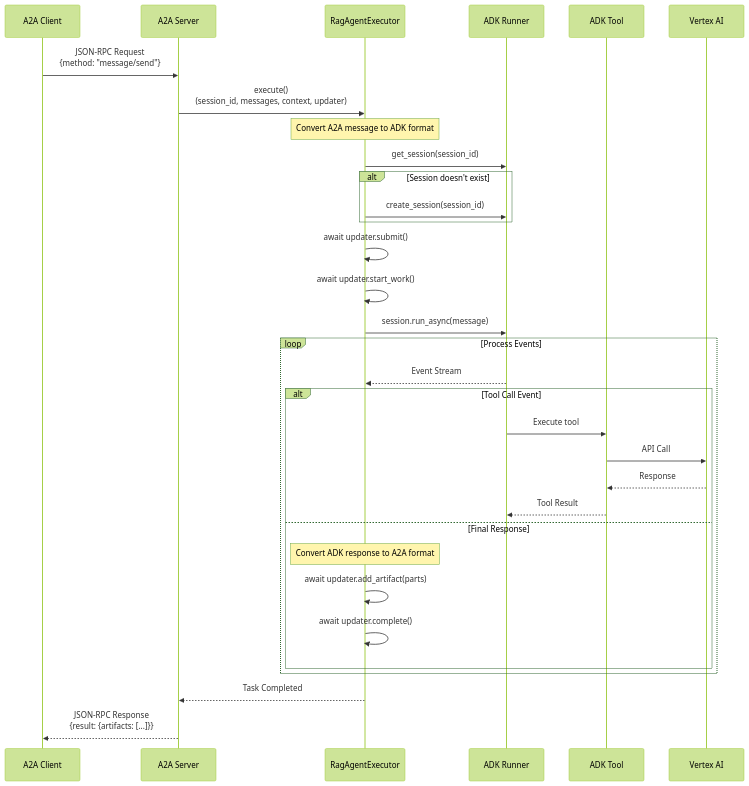
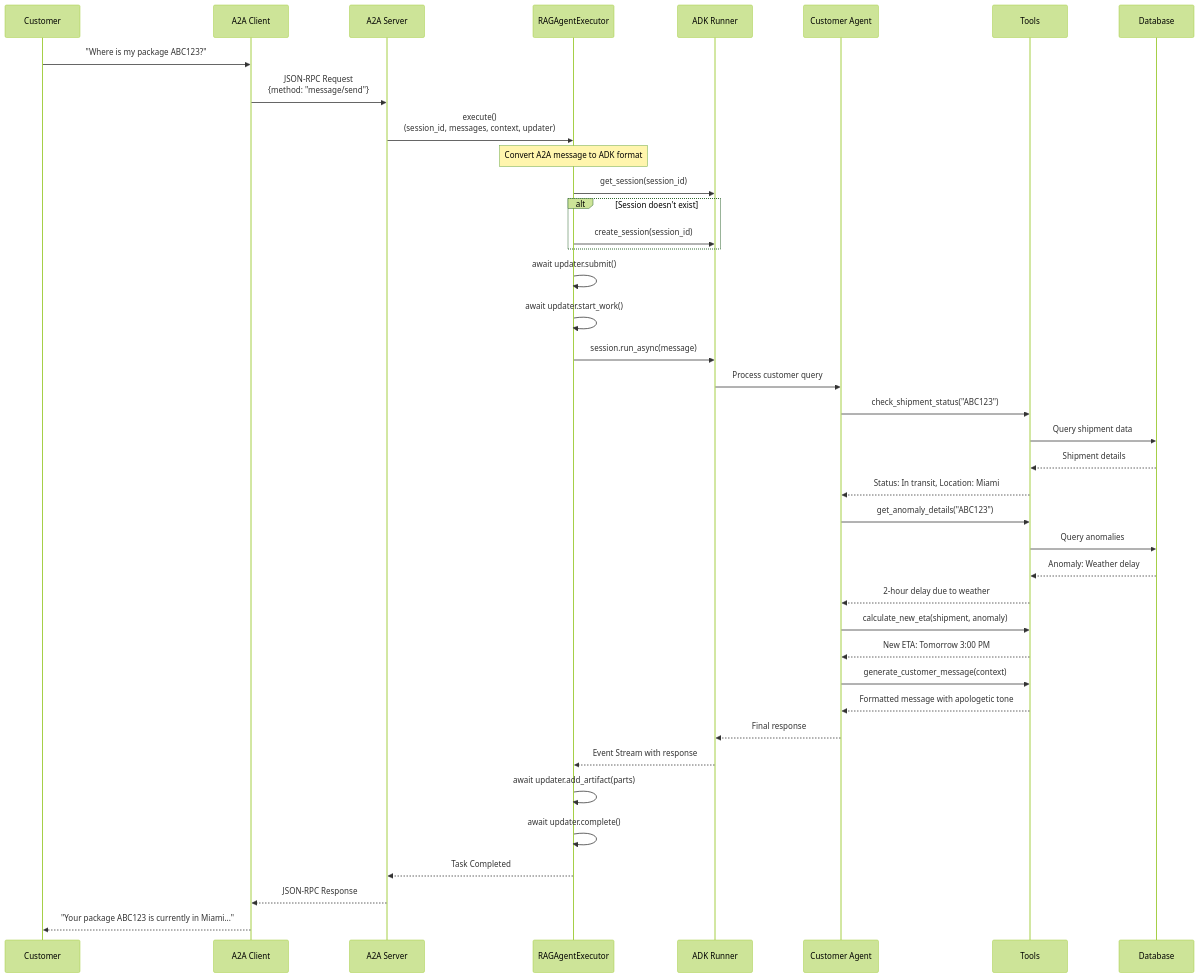
Before and after one commit to einsteindark-edgm/adk-rag-agent: the second of 3 diagrams in README.md, drawn with Mermaid (forest theme). The commit also changed other lines of this file and 24 other files, not shown here.

First line of the commit message:
feat: Transform RAG agent into Customer Communication Agent for shipment tracking

````diff
--- a/README.md
+++ b/README.md
@@ -65,41 +76,53 @@
 ```mermaid
 sequenceDiagram
+    participant Customer as Customer
     participant Client as A2A Client
     participant Server as A2A Server
-    participant Executor as RagAgentExecutor
+    participant Executor as RAGAgentExecutor
     participant Runner as ADK Runner
-    participant Tool as ADK Tool
-    participant VAI as Vertex AI
+    participant Agent as Customer Agent
+    participant Tools as Tools
+    participant DB as Database
 
+    Customer->>Client: "Where is my package ABC123?"
     Client->>Server: JSON-RPC Request<br/>{method: "message/send"}
     Server->>Executor: execute()<br/>(session_id, messages, context, updater)
     
     Note over Executor: Convert A2A message to ADK format
     
     Executor->>Runner: get_session(session_id)
     alt Session doesn't exist
         Executor->>Runner: create_session(session_id)
     end
     
     Executor->>Executor: await updater.submit()
     Executor->>Executor: await updater.start_work()
     
     Executor->>Runner: session.run_async(message)
+    Runner->>Agent: Process customer query
     
-    loop Process Events
-        Runner-->>Executor: Event Stream
-        alt Tool Call Event
-            Runner->>Tool: Execute tool
-            Tool->>VAI: API Call
-            VAI-->>Tool: Response
-            Tool-->>Runner: Tool Result
-        else Final Response
-            Note over Executor: Convert ADK response to A2A format
-            Executor->>Executor: await updater.add_artifact(parts)
-            Executor->>Executor: await updater.complete()
-        end
-    end
+    Agent->>Tools: check_shipment_status("ABC123")
+    Tools->>DB: Query shipment data
+    DB-->>Tools: Shipment details
+    Tools-->>Agent: Status: In transit, Location: Miami
+    
+    Agent->>Tools: get_anomaly_details("ABC123")
+    Tools->>DB: Query anomalies
+    DB-->>Tools: Anomaly: Weather delay
+    Tools-->>Agent: 2-hour delay due to weather
+    
+    Agent->>Tools: calculate_new_eta(shipment, anomaly)
+    Tools-->>Agent: New ETA: Tomorrow 3:00 PM
+    
+    Agent->>Tools: generate_customer_message(context)
+    Tools-->>Agent: Formatted message with apologetic tone
+    
+    Agent-->>Runner: Final response
+    Runner-->>Executor: Event Stream with response
+    Executor->>Executor: await updater.add_artifact(parts)
+    Executor->>Executor: await updater.complete()
     
     Executor-->>Server: Task Completed
-    Server-->>Client: JSON-RPC Response<br/>{result: {artifacts: [...]}}
+    Server-->>Client: JSON-RPC Response
+    Client-->>Customer: "Your package ABC123 is currently in Miami..."
 ```
````
